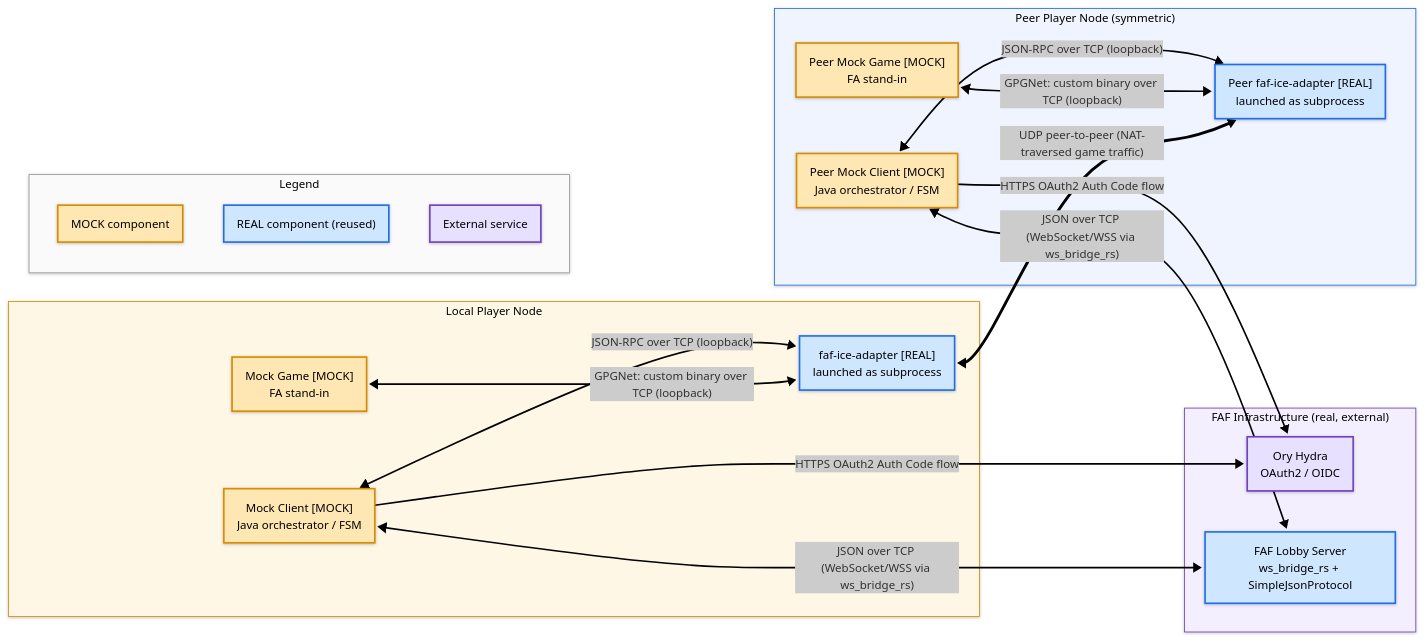
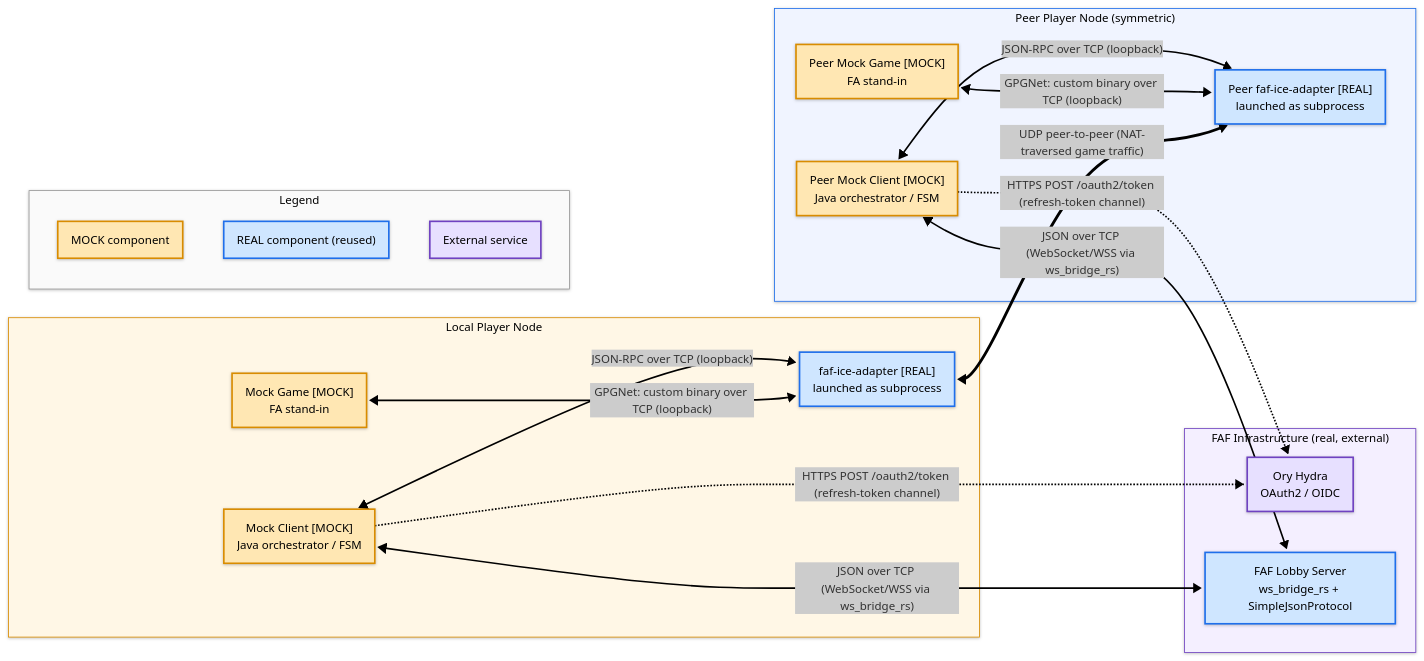
Before and after one commit to md-173/faf-test-harness: the diagram in documentation/diagrams/architecture.md, drawn with Mermaid. The commit also changed other lines of this file and 14 other files, not shown here.

````diff
--- a/documentation/diagrams/architecture.md
+++ b/documentation/diagrams/architecture.md
@@ -14,49 +14,49 @@
 ```mermaid
 ---
 config:
   fontFamily: '''Recursive Variable'', sans-serif'
   themeVariables:
     fontFamily: '''Recursive Variable'', sans-serif'
   theme: neo
   look: neo
 ---
 flowchart LR
     classDef mock fill:#ffe7b3,stroke:#d98c00,stroke-width:2px,color:#000
     classDef real fill:#cfe6ff,stroke:#1f6feb,stroke-width:2px,color:#000
     classDef external fill:#e7e0ff,stroke:#6f42c1,stroke-width:2px,color:#000
     subgraph FAF["FAF Infrastructure (real, external)"]
         HYDRA["Ory Hydra<br/>OAuth2 / OIDC"]
         LS["FAF Lobby Server<br/>ws_bridge_rs + SimpleJsonProtocol"]
     end
     subgraph LOCAL["Local Player Node"]
         MC["Mock Client [MOCK]<br/>Java orchestrator / FSM"]
         IA["faf-ice-adapter [REAL]<br/>launched as subprocess"]
         MG["Mock Game [MOCK]<br/>FA stand-in"]
     end
     subgraph PEER["Peer Player Node (symmetric)"]
         PMC["Peer Mock Client [MOCK]<br/>Java orchestrator / FSM"]
         PIA["Peer faf-ice-adapter [REAL]<br/>launched as subprocess"]
         PMG["Peer Mock Game [MOCK]<br/>FA stand-in"]
     end
     subgraph LEGEND["Legend"]
         L1["MOCK component"]
         L2["REAL component (reused)"]
         L3["External service"]
     end
-    MC  -->|"HTTPS OAuth2 Auth Code flow"| HYDRA
-    PMC -->|"HTTPS OAuth2 Auth Code flow"| HYDRA
-    MC  <-->|"JSON over TCP (WebSocket/WSS via ws_bridge_rs)"| LS
+    MC -.->|"HTTPS POST /oauth2/token (refresh-token channel)"| HYDRA
+    PMC -.->|"HTTPS POST /oauth2/token (refresh-token channel)"| HYDRA
+    MC <-->|"JSON over TCP (WebSocket/WSS via ws_bridge_rs)"| LS
     PMC <-->|"JSON over TCP (WebSocket/WSS via ws_bridge_rs)"| LS
-    MC  <-->|"JSON-RPC over TCP (loopback)"| IA
-    MG  <-->|"GPGNet: custom binary over TCP (loopback)"| IA
+    MC <-->|"JSON-RPC over TCP (loopback)"| IA
+    MG <-->|"GPGNet: custom binary over TCP (loopback)"| IA
     PMC <-->|"JSON-RPC over TCP (loopback)"| PIA
     PMG <-->|"GPGNet: custom binary over TCP (loopback)"| PIA
     IA <==>|"UDP peer-to-peer (NAT-traversed game traffic)"| PIA
     class MC,MG,PMC,PMG,L1 mock
     class IA,LS,PIA,L2 real
     class HYDRA,L3 external
     style FAF fill:#f4efff,stroke:#6f42c1,stroke-width:1px
     style LOCAL fill:#fff7e6,stroke:#d98c00,stroke-width:1px
     style PEER fill:#f0f4ff,stroke:#1f6feb,stroke-width:1px
     style LEGEND fill:#fafafa,stroke:#999999,stroke-width:1px
 ```
````
